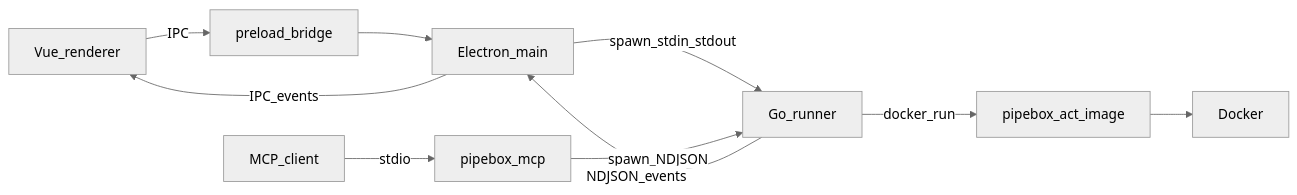
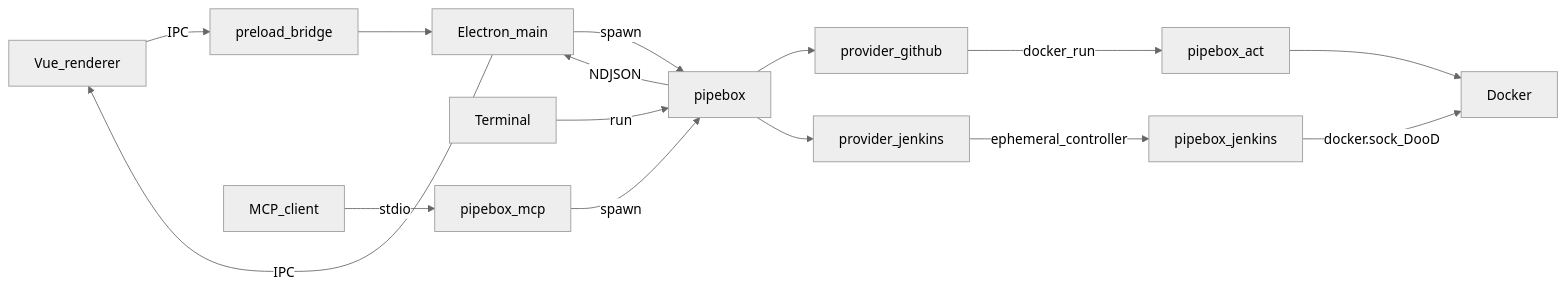
One commit to MaxiGarcia13/pipebox changed the diagram in README.md. Above: the diagram before and after it, drawn with Mermaid (neutral theme). The commit also changed other lines of this file and 4 other files, not shown here.

First line of the commit message:
docs: Update agent architecture and documentation for PipeBox

````diff
--- a/README.md
+++ b/README.md
@@ -28,12 +28,17 @@
 ```mermaid
 flowchart LR
   Vue[Vue_renderer] -->|IPC| Preload[preload_bridge]
   Preload --> Main[Electron_main]
-  Main -->|spawn_stdin_stdout| Runner[Go_runner]
+  Main -->|spawn| Runner[pipebox]
+  Terminal[Terminal] -->|run| Runner
   Agent[MCP_client] -->|stdio| MCP[pipebox_mcp]
-  MCP -->|spawn_NDJSON| Runner
-  Runner -->|docker_run| ActImage[pipebox_act_image]
-  ActImage --> Docker[Docker]
-  Runner -->|NDJSON_events| Main
-  Main -->|IPC_events| Vue
+  MCP -->|spawn| Runner
+  Runner --> GH[provider_github]
+  Runner --> JK[provider_jenkins]
+  GH -->|docker_run| Act[pipebox_act]
+  JK -->|ephemeral_controller| Jfr[pipebox_jenkins]
+  Act --> Docker[Docker]
+  Jfr -->|docker.sock_DooD| Docker
+  Runner -->|NDJSON| Main
+  Main -->|IPC| Vue
 ```
````
